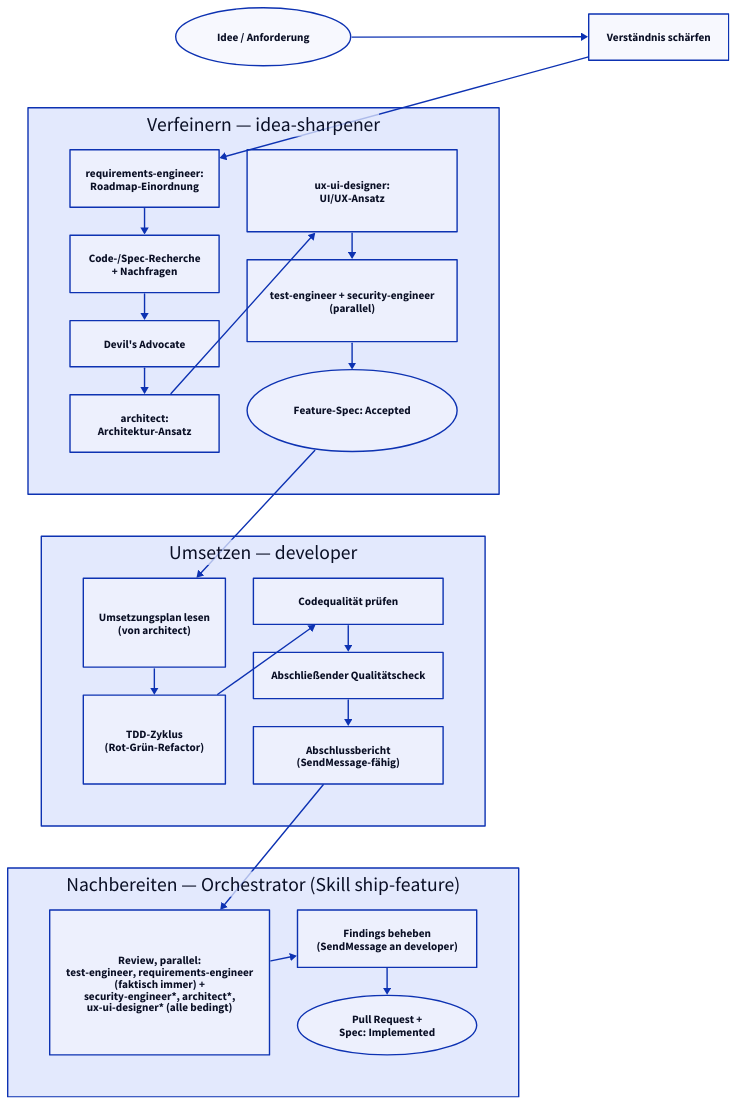
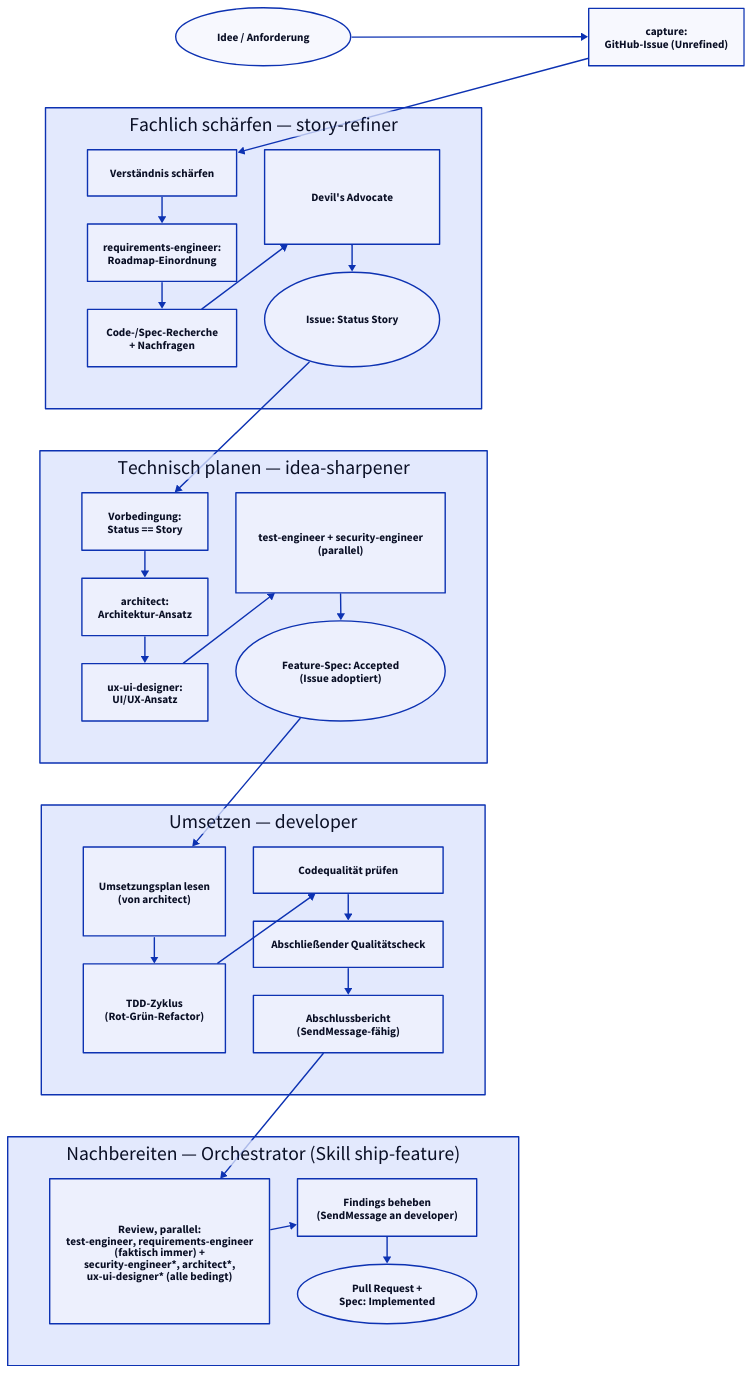
One commit to TheRealKoller/photosort changed the diagram in specs/diagrams/workflow-overview.d2. Above: the diagram before and after it, drawn with D2. The commit also changed 2 other files, not shown here.

Commit message:
docs(ai-workflow): Zweischritt story-refiner -> idea-sharpener dokumentieren
docs/ai-workflow.md und das Diagramm specs/diagrams/workflow-overview.d2/.svg beschreiben den
neuen Zweischritt aus Spec 0059/ADR 0036: capture legt ein GitHub-Issue an, story-refiner
schaerft es fachlich zur Story (Haiku-lastig, faktisch immer), idea-sharpener uebernimmt erst ab
Status Story die technische Planung (Architektur/UX/Test/Security) und adoptiert das Issue beim
Uebergang zur Feature-Spec statt ein neues anzulegen. Diagramm neu gerendert mit
scripts/render-diagrams.sh (d2 v0.7.1). Schritt 8 der Umsetzungsreihenfolge aus Spec 0059.

```diff
--- a/specs/diagrams/workflow-overview.d2
+++ b/specs/diagrams/workflow-overview.d2
@@ -1,68 +1,87 @@
 # Migriert aus dem bisherigen Mermaid-Flowchart in README.md.
 # Siehe ADR specs/decisions/0013-diagram-tooling-d2.md und
 # Feature-Spec specs/features/0018-diagram-tooling-migration.md.
 # Rendern: scripts/render-diagrams.sh (ruft "d2 --sketch" auf).
 #
 # Layout bewusst als kompaktes Grid statt einer einzelnen langen Kette pro
 # Subgraph (Akzeptanzkriterium "kompakter/weniger vertikaler Platzverbrauch"
 # als das bisherige Mermaid-Flowchart) - Inhalt/Knoten/Kanten sind eine reine
 # 1:1-Uebersetzung des bisherigen Diagramms, nur die Anordnung ist neu.
 #
 # Aktualisiert fuer Feature-Spec specs/features/0046-review-agenten-und-pr-workflow-orchestrator.md /
 # ADR specs/decisions/0024-review-agenten-und-pr-workflow-beim-orchestrator.md: Review- und
 # PR-Knoten liegen jetzt im eigenen "shipfeature"-Subgraph (Orchestrator, Skill ship-feature)
 # statt im "implement"-Subgraph (developer) - developer endet stattdessen mit dem
 # SendMessage-faehigen Abschlussbericht.
 #
+# Aktualisiert fuer Feature-Spec specs/features/0059-story-lebenszyklus-github-issues.md /
+# ADR specs/decisions/0036-github-issue-natives-story-refinement-inbox-entfaellt.md: der
+# bisherige monolithische "refine"-Subgraph (idea-sharpener) ist in zwei Subgraphen aufgeteilt -
+# "refine" (story-refiner, faktisch immer/Haiku-lastig, Ergebnis: Story-Issue statt Datei) und
+# "sharpen" (idea-sharpener, reduziert auf Architektur/UX/Test/Security/Spec-Anlage, adoptiert
+# das bestehende Issue statt ein neues anzulegen).
+#
 # Gerendert/verifiziert mit d2 v0.8.1 (https://github.com/d2lang/d2/releases).
 
 direction: right
 
 idea: "Idee / Anforderung" {
   shape: oval
 }
-understand: "Verständnis schärfen"
+capture: "capture:\nGitHub-Issue (Unrefined)"
 
-idea -> understand
+idea -> capture
 
-refine: "Verfeinern — idea-sharpener" {
+refine: "Fachlich schärfen — story-refiner" {
   grid-columns: 2
+  understand: "Verständnis schärfen"
   re: "requirements-engineer:\nRoadmap-Einordnung"
   research: "Code-/Spec-Recherche\n+ Nachfragen"
   devil: "Devil's Advocate"
+  story: "Issue: Status Story" {
+    shape: oval
+  }
+
+  understand -> re -> research -> devil -> story
+}
+
+sharpen: "Technisch planen — idea-sharpener" {
+  grid-columns: 2
+  precheck: "Vorbedingung:\nStatus == Story"
   arch: "architect:\nArchitektur-Ansatz"
   ux: "ux-ui-designer:\nUI/UX-Ansatz"
   testsec: "test-engineer + security-engineer\n(parallel)"
-  spec: "Feature-Spec: Accepted" {
+  spec: "Feature-Spec: Accepted\n(Issue adoptiert)" {
     shape: oval
   }
 
-  re -> research -> devil -> arch -> ux -> testsec -> spec
+  precheck -> arch -> ux -> testsec -> spec
 }
 
 implement: "Umsetzen — developer" {
   grid-columns: 2
   plan: "Umsetzungsplan lesen\n(von architect)"
   tdd: "TDD-Zyklus\n(Rot-Grün-Refactor)"
   quality: "Codequalität prüfen"
   final: "Abschließender Qualitätscheck"
   report: "Abschlussbericht\n(SendMessage-fähig)"
 
   plan -> tdd -> quality -> final -> report
 }
 
 shipfeature: "Nachbereiten — Orchestrator (Skill ship-feature)" {
   grid-columns: 2
   review: "Review, parallel:\ntest-engineer, requirements-engineer\n(faktisch immer) +\nsecurity-engineer*, architect*,\nux-ui-designer* (alle bedingt)"
   fix: "Findings beheben\n(SendMessage an developer)"
   pr: "Pull Request +\nSpec: Implemented" {
     shape: oval
   }
 
   review -> fix -> pr
 }
 
 implement.report -> shipfeature.review
 
-understand -> refine.re
-refine.spec -> implement.plan
+capture -> refine.understand
+refine.story -> sharpen.precheck
+sharpen.spec -> implement.plan
```
